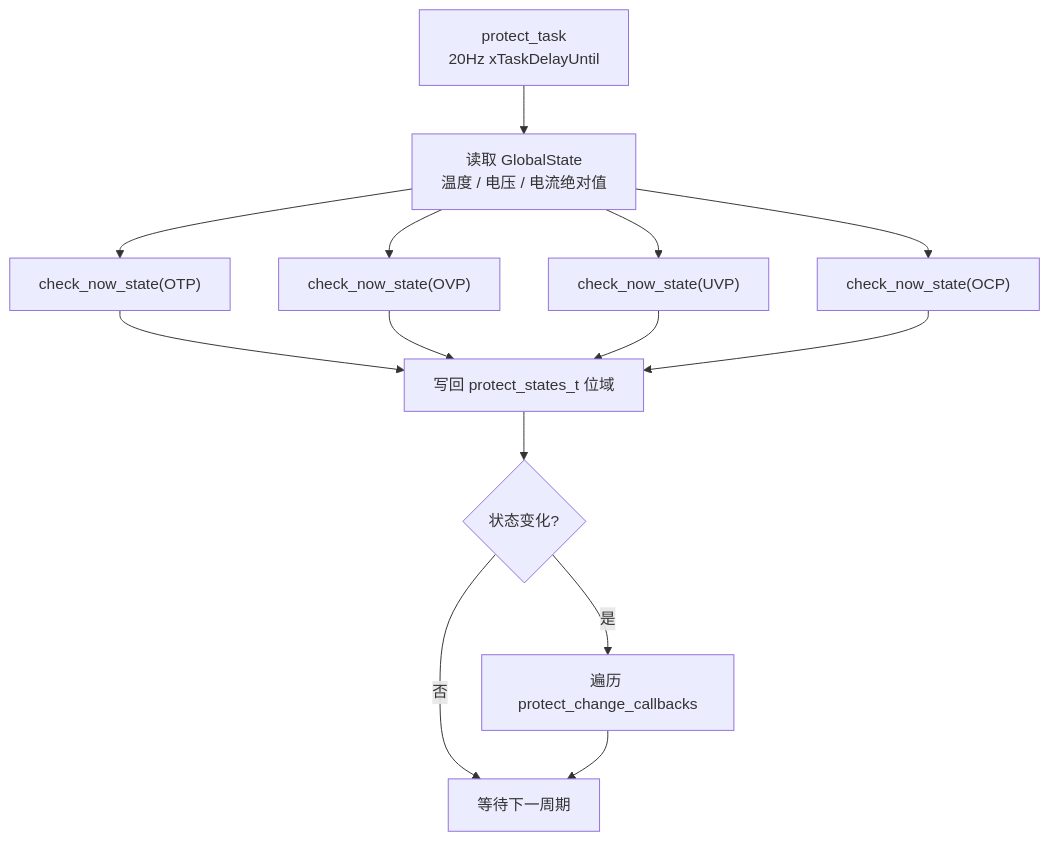
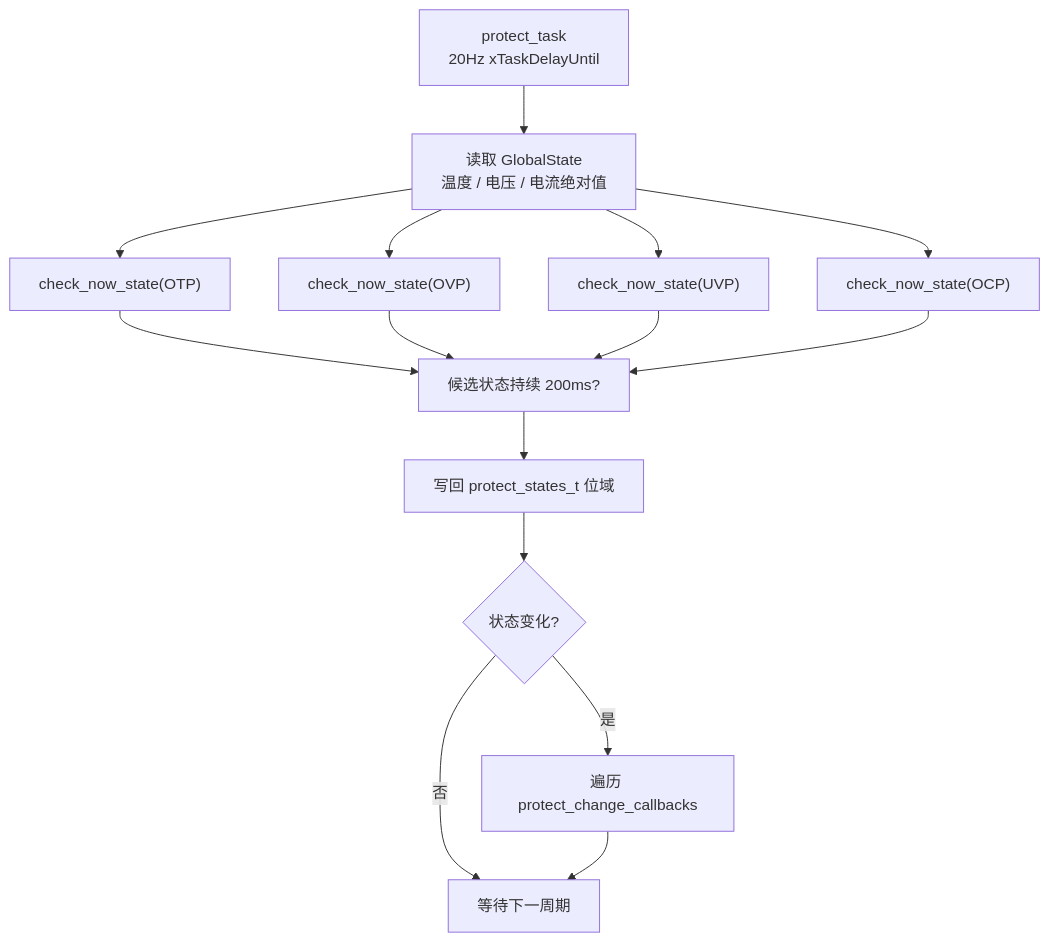
The second of 3 diagrams in components/app/protect/README.md (qingmeijiupiao/Wireless_power_meter_lite), drawn with Mermaid before and after one commit. The commit also changed other lines of this file and 8 other files, not shown here.

````diff
--- a/components/app/protect/README.md
+++ b/components/app/protect/README.md
@@ -26,16 +28,17 @@
 ```mermaid
 flowchart TD
     Tick["protect_task<br/>20Hz xTaskDelayUntil"] --> Read["读取 GlobalState<br/>温度 / 电压 / 电流绝对值"]
     Read --> OTP["check_now_state(OTP)"]
     Read --> OVP["check_now_state(OVP)"]
     Read --> UVP["check_now_state(UVP)"]
     Read --> OCP["check_now_state(OCP)"]
-    OTP --> Store["写回 protect_states_t 位域"]
-    OVP --> Store
-    UVP --> Store
-    OCP --> Store
+    OTP --> Debounce["候选状态持续 200ms?"]
+    OVP --> Debounce
+    UVP --> Debounce
+    OCP --> Debounce
+    Debounce --> Store["写回 protect_states_t 位域"]
     Store --> Changed{"状态变化?"}
     Changed -->|是| Callback["遍历 protect_change_callbacks"]
     Changed -->|否| Delay["等待下一周期"]
     Callback --> Delay
 ```
````
